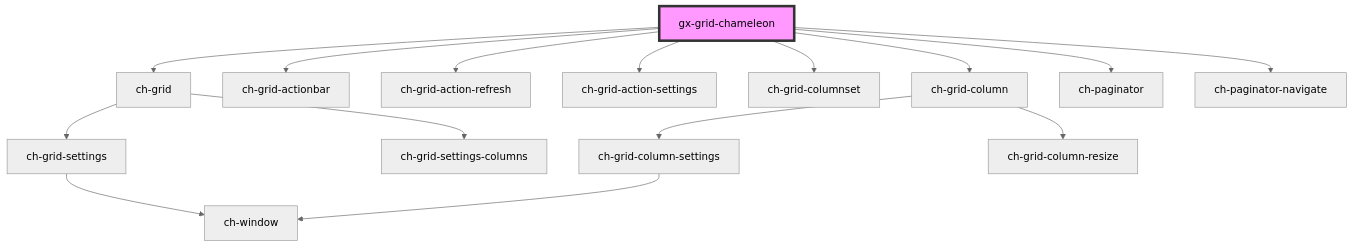
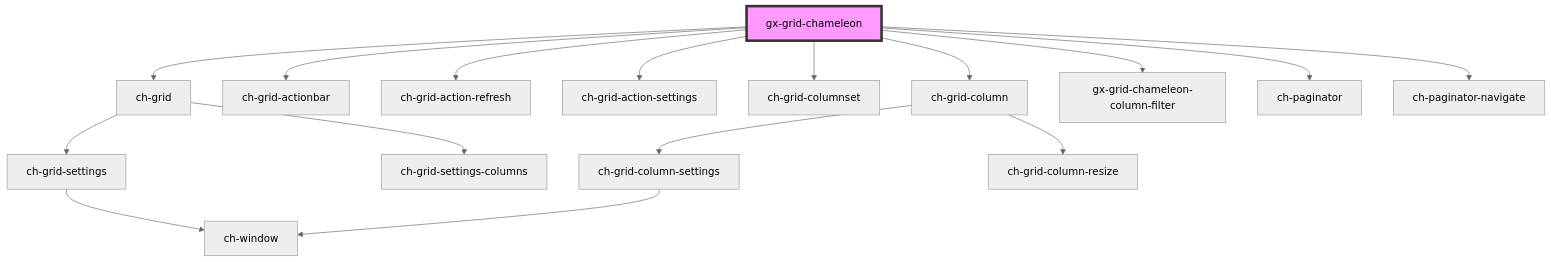
Before and after one commit to genexuslabs/chameleon-controls-library: the diagram in src/components/gx-grid/readme.md, drawn with Mermaid (neutral theme). The commit also changed other lines of this file and 11 other files, not shown here.

````diff
--- a/src/components/gx-grid/readme.md
+++ b/src/components/gx-grid/readme.md
@@ -29,18 +30,19 @@
 ```mermaid
 graph TD;
   gx-grid-chameleon --> ch-grid
   gx-grid-chameleon --> ch-grid-actionbar
   gx-grid-chameleon --> ch-grid-action-refresh
   gx-grid-chameleon --> ch-grid-action-settings
   gx-grid-chameleon --> ch-grid-columnset
   gx-grid-chameleon --> ch-grid-column
+  gx-grid-chameleon --> gx-grid-chameleon-column-filter
   gx-grid-chameleon --> ch-paginator
   gx-grid-chameleon --> ch-paginator-navigate
   ch-grid --> ch-grid-settings
   ch-grid --> ch-grid-settings-columns
   ch-grid-settings --> ch-window
   ch-grid-column --> ch-grid-column-settings
   ch-grid-column --> ch-grid-column-resize
   ch-grid-column-settings --> ch-window
   style gx-grid-chameleon fill:#f9f,stroke:#333,stroke-width:4px
 ```
````
